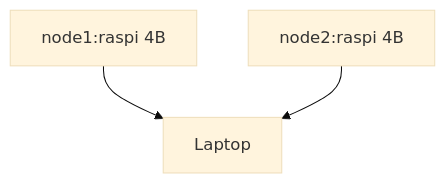
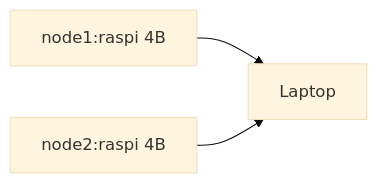
Before and after one commit to MyStarNight/fl-experiment: the diagram in exp-log/log&idea.md, drawn with Mermaid (base theme). The commit also changed other lines of this file, not shown here.

````diff
--- a/exp-log/log&idea.md
+++ b/exp-log/log&idea.md
@@ -71,7 +71,7 @@
 ```mermaid
-graph 
+graph LR
 B[node1:raspi 4B]-->A[Laptop]
 C[node2:raspi 4B]-->A
 
 
 ```
````
